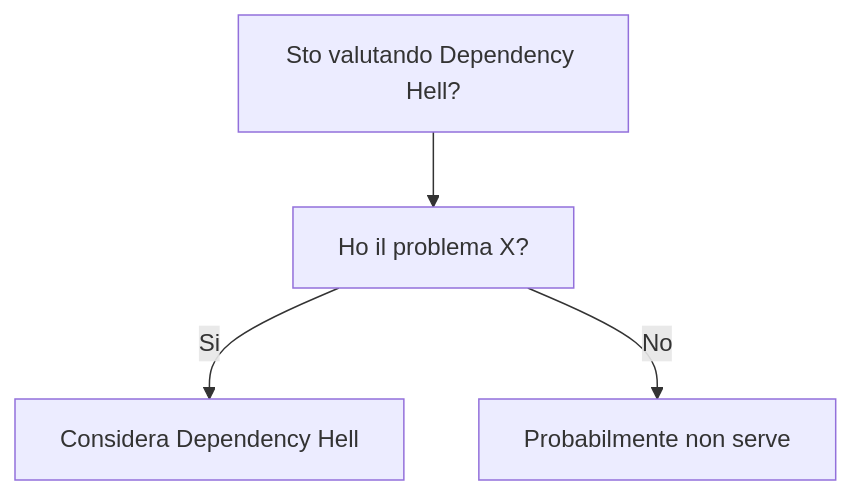
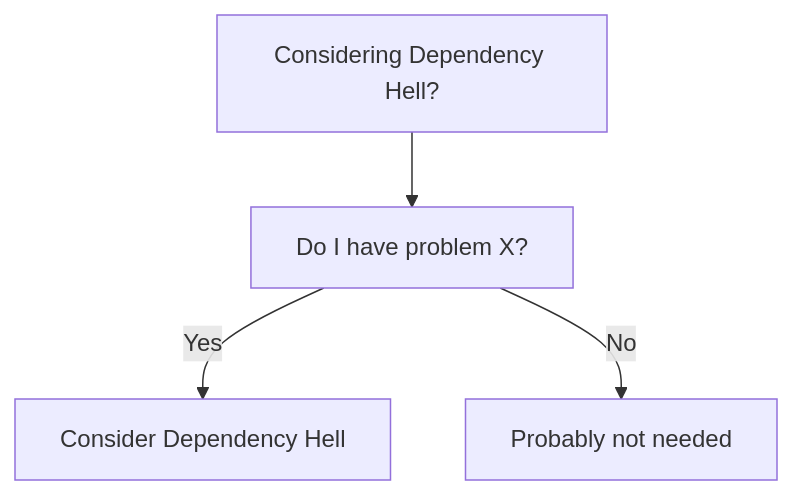
Before and after one commit to HxT9/Software-Dev-Wiki: the diagram in dev-wiki/16_AntiPatterns/Dependency_Hell/When_To_Use.md, drawn with Mermaid. The commit also changed other lines of this file and 3444 other files, not shown here.

````diff
--- a/dev-wiki/16_AntiPatterns/Dependency_Hell/When_To_Use.md
+++ b/dev-wiki/16_AntiPatterns/Dependency_Hell/When_To_Use.md
@@ -19,6 +19,6 @@
 ```mermaid
 flowchart TD
-  Q[Sto valutando Dependency Hell?] --> Q1[Ho il problema X?]
-  Q1 -->|Si| OK[Considera Dependency Hell]
-  Q1 -->|No| NO[Probabilmente non serve]
+  Q[Considering Dependency Hell?] --> Q1[Do I have problem X?]
+  Q1 -->|Yes| OK[Consider Dependency Hell]
+  Q1 -->|No| NO[Probably not needed]
 ```
````
